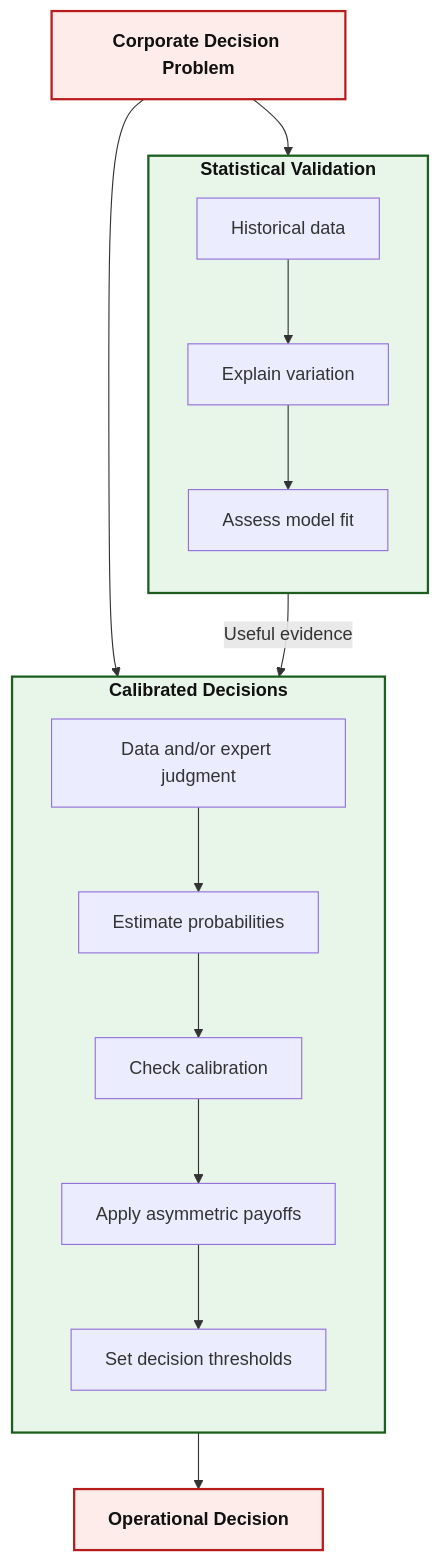
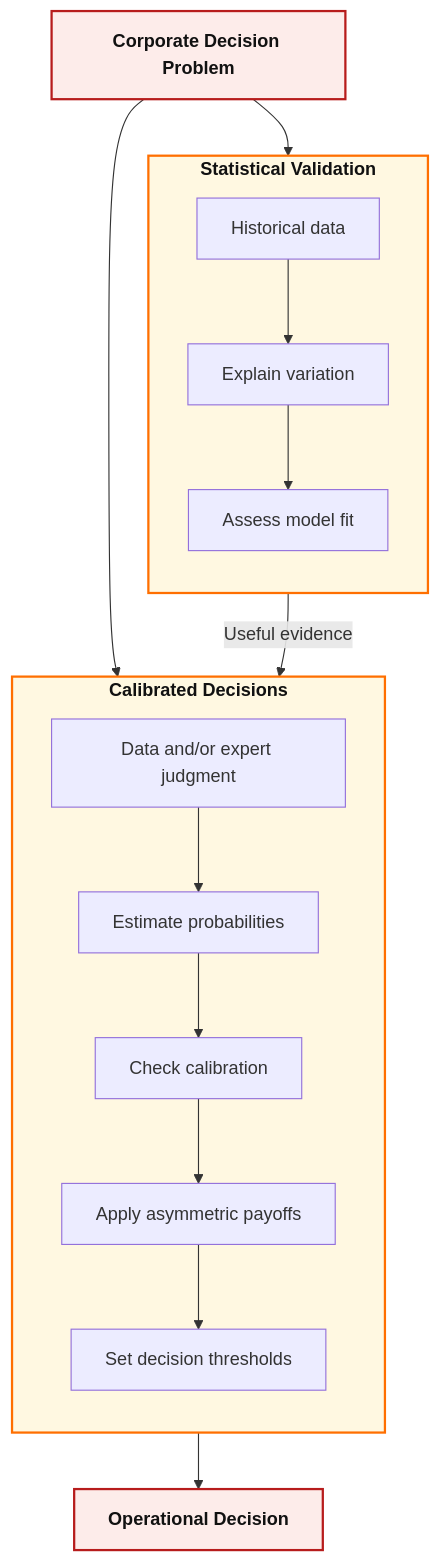
The diagram in work-notes/calibrated-decisions-revised.md (Tellusant/docs), drawn with Mermaid before and after one commit.

Commit message:
Update styles for nodes and subgraphs in markdown

```diff
--- a/work-notes/calibrated-decisions-revised.md
+++ b/work-notes/calibrated-decisions-revised.md
@@ -32,38 +32,44 @@
 <div class="mermaid">
 %%{init: {'themeVariables': { 'fontFamily': 'Arial'}}}%%
 flowchart TD
 
     A["`**Corporate Decision Problem**`"]:::red
 
     subgraph R["`**Statistical Validation**`"]
         direction TB
         R1["Historical data"]
         R2["Explain variation"]
         R3["Assess model fit"]
     end
 
     subgraph C["`**Calibrated Decisions**`"]
         direction TB
         C1["Data and/or expert judgment"]
         C2["Estimate probabilities"]
         C3["Check calibration"]
         C4["Apply asymmetric payoffs"]
         C5["Set decision thresholds"]
     end
 
     A --> R
     A --> C
 
     R1 --> R2 --> R3
     C1 --> C2 --> C3 --> C4 --> C5
 
     R3 -->|"Useful evidence"| C2
     C5 --> D["`**Operational Decision**`"]:::red
 
     %% ========= SUBGRAPH STYLES =========
-    style R fill:#E8F5E9,stroke:#1B5E20,stroke-width:2px,color:#111
-    style C fill:#E8F5E9,stroke:#1B5E20,stroke-width:2px,color:#111
+    style R fill:#FFF8E1,stroke:#FF6F00,stroke-width:2px,color:#111;
+    style C fill:#FFF8E1,stroke:#FF6F00,stroke-width:2px,color:#111;
 
     %% ========= NODE STYLES =========
     classDef red fill:#FDECEA,stroke:#B71C1C,stroke-width:2px,color:#111;
+classDef green   fill:#E8F5E9,stroke:#1B5E20,stroke-width:2px,color:#111;
+classDef blue    fill:#E3F2FD,stroke:#0D47A1,stroke-width:2px,color:#111;
+classDef orange  fill:#FFF8E1,stroke:#FF6F00,stroke-width:2px,color:#111;
+classDef grey    fill:#F5F5F5,stroke:#424242,stroke-width:2px,color:#111;
+classDef base    fill:#ECECFF,stroke:#9370DB,stroke-width:2px,color:#111;
+classDef clear   fill:transparent,stroke:transparent;
 </div>
```
